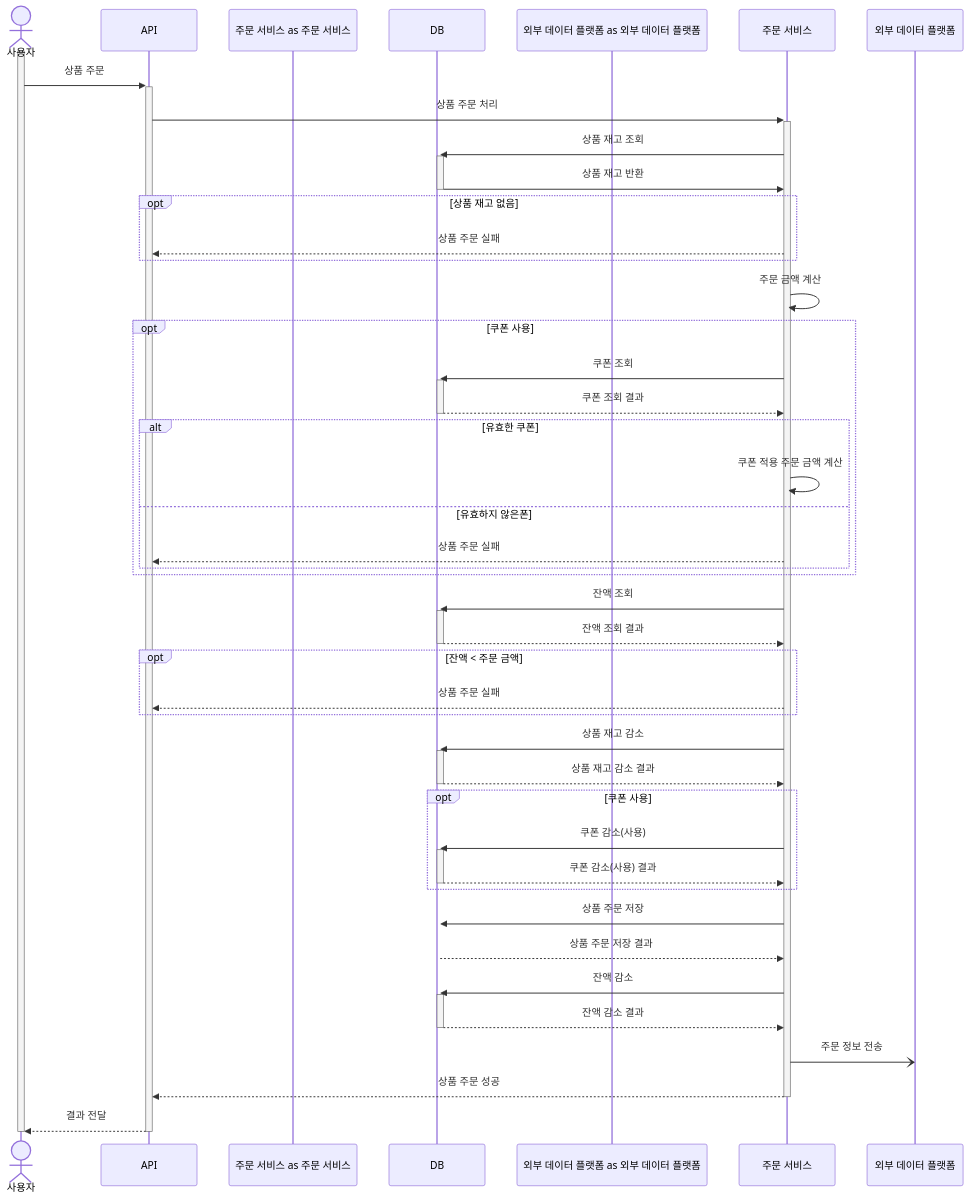
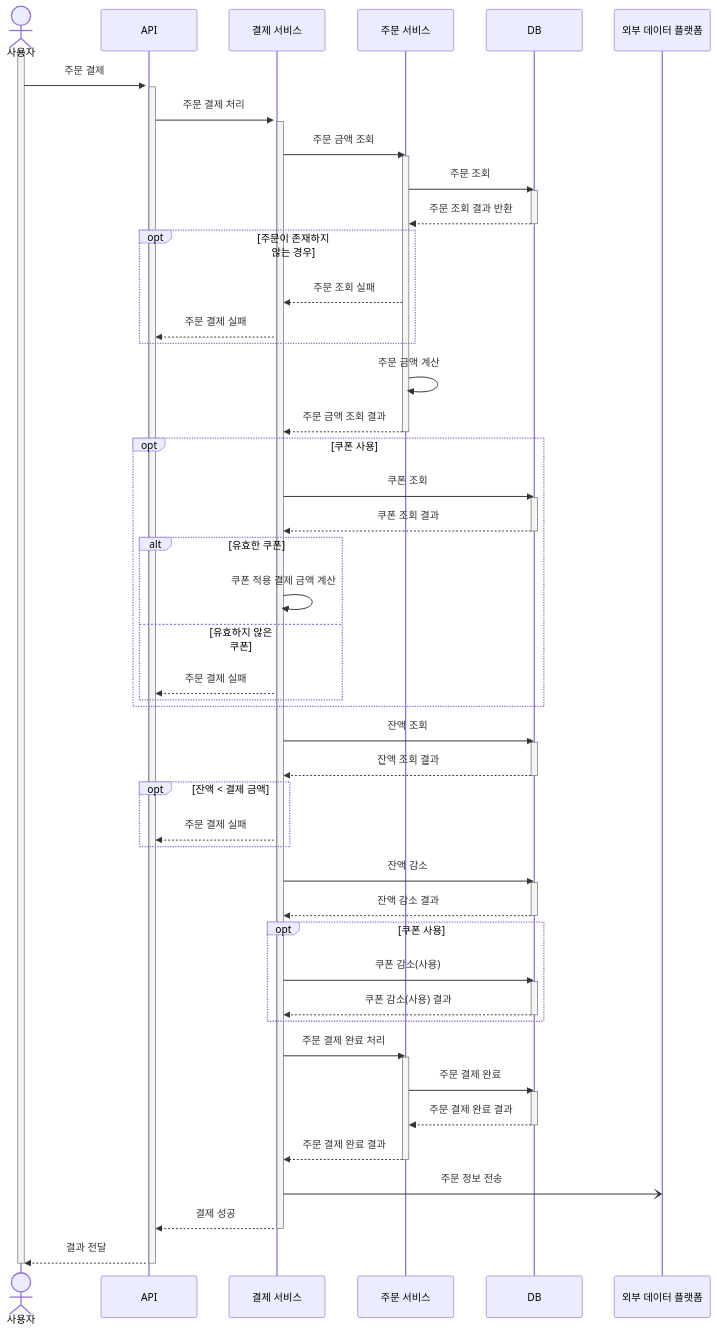
Before and after one commit to letter333/hh-plus-e-commerce: the sixth of 8 diagrams in docs/01.SequenceDiagram.md, drawn with Mermaid. The commit also changed other lines of this file and 3 other files, not shown here.

Commit message:
docs: 시퀀스 다이어그램 주문 추가, 결제 수정 / 클래스 다이어그램 쿠폰 클래스 수정 / API 명세서 추가

````diff
--- a/docs/01.SequenceDiagram.md
+++ b/docs/01.SequenceDiagram.md
@@ -126,58 +153,70 @@
 ```mermaid
 sequenceDiagram
-  actor 사용자 as 사용자
-  participant API as API
-  participant 주문 서비스 as 주문 서비스
-  participant DB as DB
-  participant 외부 데이터 플랫폼 as 외부 데이터 플랫폼
+    actor 사용자
+    participant API
+    participant 결제 서비스
+    participant 주문 서비스
+    participant DB
+    participant 외부 데이터 플랫폼
 
-activate 사용자
-  사용자 ->>+ API: 상품 주문
-  API ->>+ 주문 서비스: 상품 주문 처리
-  주문 서비스 ->>+ DB: 상품 재고 조회
-  activate DB
-  DB ->> 주문 서비스: 상품 재고 반환
-  deactivate DB
-  opt 상품 재고 없음
-    주문 서비스 -->> API: 상품 주문 실패
-  end
-  주문 서비스 ->> 주문 서비스: 주문 금액 계산
-  opt 쿠폰 사용
-    주문 서비스 ->> DB: 쿠폰 조회
+    activate 사용자
+    사용자 ->>+ API: 주문 결제
+    activate API
+    API ->>+ 결제 서비스: 주문 결제 처리
+    activate 결제 서비스
+    결제 서비스 ->> 주문 서비스:  주문 금액 조회
+    activate 주문 서비스
+    주문 서비스 ->> DB: 주문 조회
     activate DB
-    DB -->> 주문 서비스: 쿠폰 조회 결과
+    DB -->> 주문 서비스: 주문 조회 결과 반환
     deactivate DB
-    alt 유효한 쿠폰
-    주문 서비스 ->> 주문 서비스: 쿠폰 적용 주문 금액 계산
-    else 유효하지 않은폰
-      주문 서비스 -->> API: 상품 주문 실패
+    opt 주문이 존재하지 않는 경우
+        주문 서비스 -->> 결제 서비스: 주문 조회 실패
+        결제 서비스 -->> API: 주문 결제 실패
     end
-  end
-  주문 서비스 ->> DB: 잔액 조회
-  activate DB
-  DB -->> 주문 서비스: 잔액 조회 결과
-  deactivate DB
-  opt 잔액 < 주문 금액
-    주문 서비스 -->> API: 상품 주문 실패
-  end
-  주문 서비스 ->> DB: 상품 재고 감소
-  activate DB
-  DB -->> 주문 서비스: 상품 재고 감소 결과
-  deactivate DB
-  opt 쿠폰 사용
-    주문 서비스 ->> DB: 쿠폰 감소(사용)
+    주문 서비스 ->> 주문 서비스: 주문 금액 계산
+    주문 서비스 -->> 결제 서비스: 주문 금액 조회 결과
+    deactivate 주문 서비스
+    opt 쿠폰 사용
+        결제 서비스 ->> DB: 쿠폰 조회
+        activate DB
+        DB -->> 결제 서비스: 쿠폰 조회 결과
+        deactivate DB
+        alt 유효한 쿠폰
+            결제 서비스 ->> 결제 서비스: 쿠폰 적용 결제 금액 계산
+        else 유효하지 않은 쿠폰
+            결제 서비스 -->> API: 주문 결제 실패
+        end
+    end
+    결제 서비스 ->> DB: 잔액 조회
     activate DB
-    DB -->> 주문 서비스: 쿠폰 감소(사용) 결과
+    DB -->> 결제 서비스: 잔액 조회 결과
     deactivate DB
-  end
-  주문 서비스 ->> DB: 상품 주문 저장
-  DB -->> 주문 서비스: 상품 주문 저장 결과
-  주문 서비스 ->> DB: 잔액 감소
-  activate DB
-  DB -->> 주문 서비스: 잔액 감소 결과
-  deactivate DB
-  주문 서비스 -) 외부 데이터 플랫폼: 주문 정보 전송
-  주문 서비스 -->>- API: 상품 주문 성공
-  API -->>- 사용자: 결과 전달
-deactivate 사용자
+    opt 잔액 < 결제 금액
+        결제 서비스 -->> API: 주문 결제 실패
+    end
+    결제 서비스 ->> DB: 잔액 감소
+    activate DB
+    DB -->> 결제 서비스: 잔액 감소 결과
+    deactivate DB
+    opt 쿠폰 사용
+        결제 서비스 ->> DB: 쿠폰 감소(사용)
+        activate DB
+        DB -->> 결제 서비스: 쿠폰 감소(사용) 결과
+        deactivate DB
+    end
+    결제 서비스 ->> 주문 서비스: 주문 결제 완료 처리
+    activate 주문 서비스
+    주문 서비스 ->> DB: 주문 결제 완료
+    activate DB
+    DB -->> 주문 서비스: 주문 결제 완료 결과
+    deactivate DB
+    주문 서비스 -->> 결제 서비스: 주문 결제 완료 결과
+    deactivate 주문 서비스
+    결제 서비스 -) 외부 데이터 플랫폼: 주문 정보 전송
+    결제 서비스 -->> API: 결제 성공
+    deactivate 결제 서비스
+    API -->> 사용자: 결과 전달
+    deactivate API
+    deactivate 사용자
 ```
````
